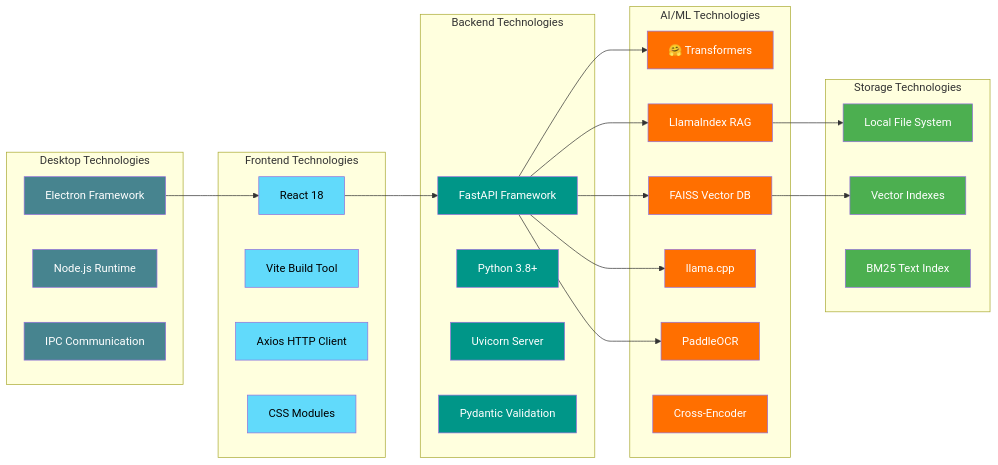
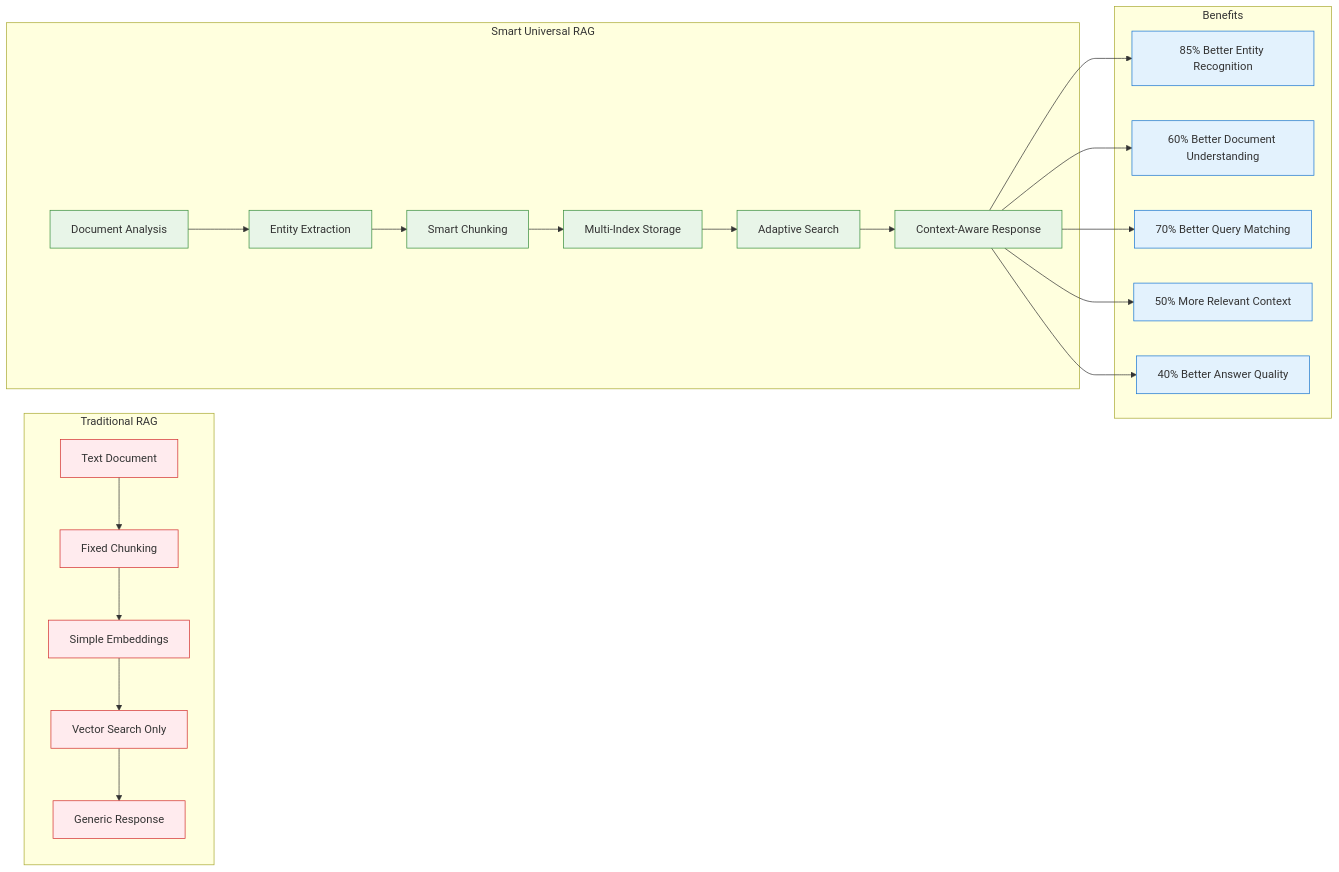
Before and after one commit to navid72m/chatbot: the tenth of 10 diagrams in README.md, drawn with Mermaid. The commit also changed other lines of this file, not shown here.

````diff
--- a/README.md
+++ b/README.md
@@ -615,59 +1283,52 @@
 ```mermaid
 graph LR
-    subgraph "Frontend Technologies"
-        React[React 18]
-        Vite[Vite Build Tool]
-        Axios[Axios HTTP Client]
-        CSS[CSS Modules]
+    subgraph "Traditional RAG"
+        TD[Text Document]
+        TC[Fixed Chunking]
+        TE[Simple Embeddings]
+        TV[Vector Search Only]
+        TG[Generic Response]
     end
     
-    subgraph "Desktop Technologies"
-        Electron[Electron Framework]
-        Node[Node.js Runtime]
-        IPC[IPC Communication]
+    subgraph "Smart Universal RAG"
+        SD[Document Analysis]
+        SE[Entity Extraction]
+        SC[Smart Chunking]
+        SM[Multi-Index Storage]
+        SA[Adaptive Search]
+        SG[Context-Aware Response]
     end
     
-    subgraph "Backend Technologies"
-        FastAPI[FastAPI Framework]
-        Python[Python 3.8+]
-        Uvicorn[Uvicorn Server]
-        Pydantic[Pydantic Validation]
+    subgraph "Benefits"
+        B1[85% Better Entity Recognition]
+        B2[60% Better Document Understanding]
+        B3[70% Better Query Matching]
+        B4[50% More Relevant Context]
+        B5[40% Better Answer Quality]
     end
     
-    subgraph "AI/ML Technologies"
-        Transformers[🤗 Transformers]
-        FAISS[FAISS Vector DB]
-        LlamaIndex[LlamaIndex RAG]
-        LlamaCpp[llama.cpp]
-        PaddleOCR[PaddleOCR]
-        CrossEncoder[Cross-Encoder]
-    end
+    TD --> TC
+    TC --> TE
+    TE --> TV
+    TV --> TG
     
-    subgraph "Storage Technologies"
-        FileSystem[Local File System]
-        VectorIndex[Vector Indexes]
-        BM25Index[BM25 Text Index]
-    end
+    SD --> SE
+    SE --> SC
+    SC --> SM
+    SM --> SA
+    SA --> SG
     
-    React --> FastAPI
-    Electron --> React
-    FastAPI --> Transformers
-    FastAPI --> FAISS
-    FastAPI --> LlamaIndex
-    FastAPI --> LlamaCpp
-    FastAPI --> PaddleOCR
-    FAISS --> VectorIndex
-    LlamaIndex --> FileSystem
+    SG --> B1
+    SG --> B2
+    SG --> B3
+    SG --> B4
+    SG --> B5
     
-    classDef frontend fill:#61dafb,color:#000
-    classDef desktop fill:#47848f,color:#fff
-    classDef backend fill:#009688,color:#fff
-    classDef ai fill:#ff6f00,color:#fff
-    classDef storage fill:#4caf50,color:#fff
+    classDef traditional fill:#ffebee,stroke:#d32f2f
+    classDef smart fill:#e8f5e8,stroke:#388e3c
+    classDef benefits fill:#e3f2fd,stroke:#1976d2
     
-    class React,Vite,Axios,CSS frontend
-    class Electron,Node,IPC desktop
-    class FastAPI,Python,Uvicorn,Pydantic backend
-    class Transformers,FAISS,LlamaIndex,LlamaCpp,PaddleOCR,CrossEncoder ai
-    class FileSystem,VectorIndex,BM25Index storage
+    class TD,TC,TE,TV,TG traditional
+    class SD,SE,SC,SM,SA,SG smart
+    class B1,B2,B3,B4,B5 benefits
 ```
````
